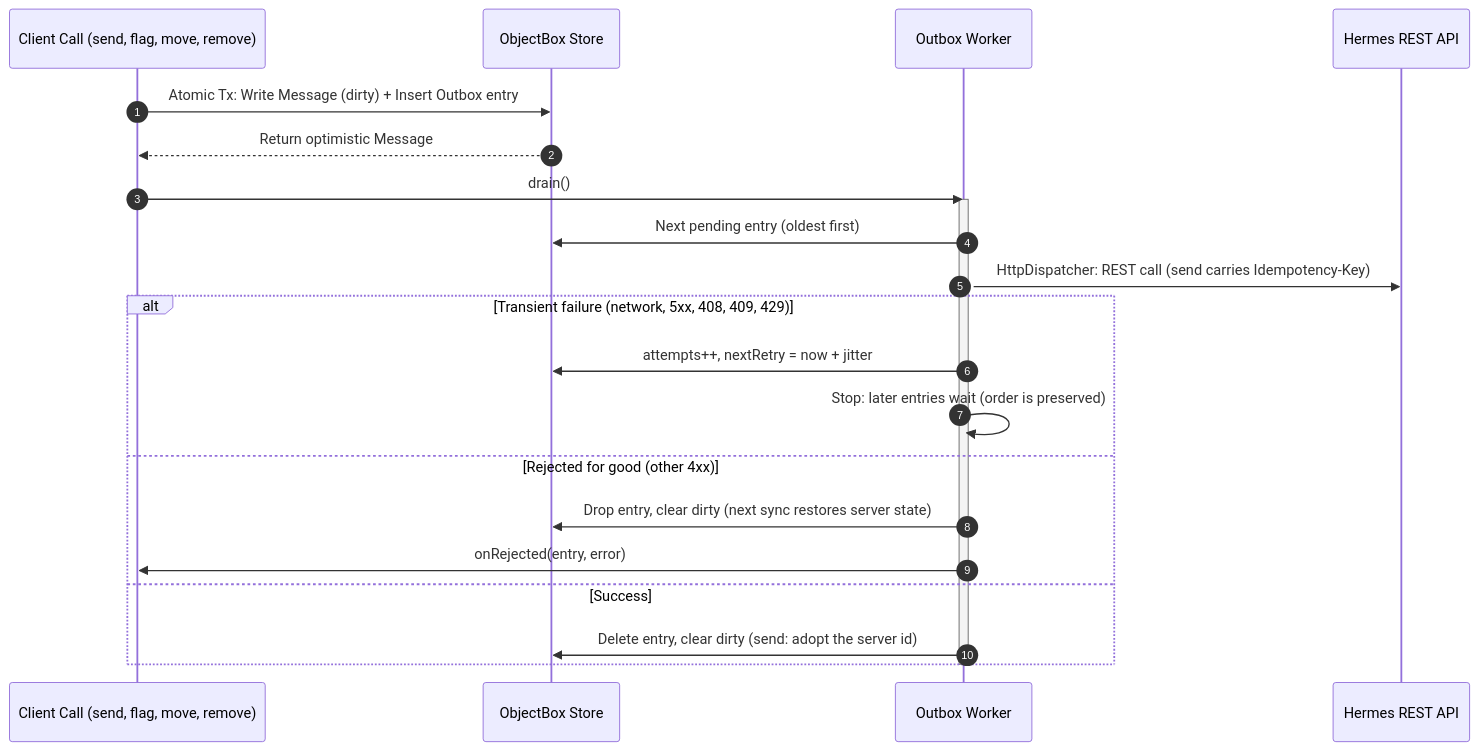
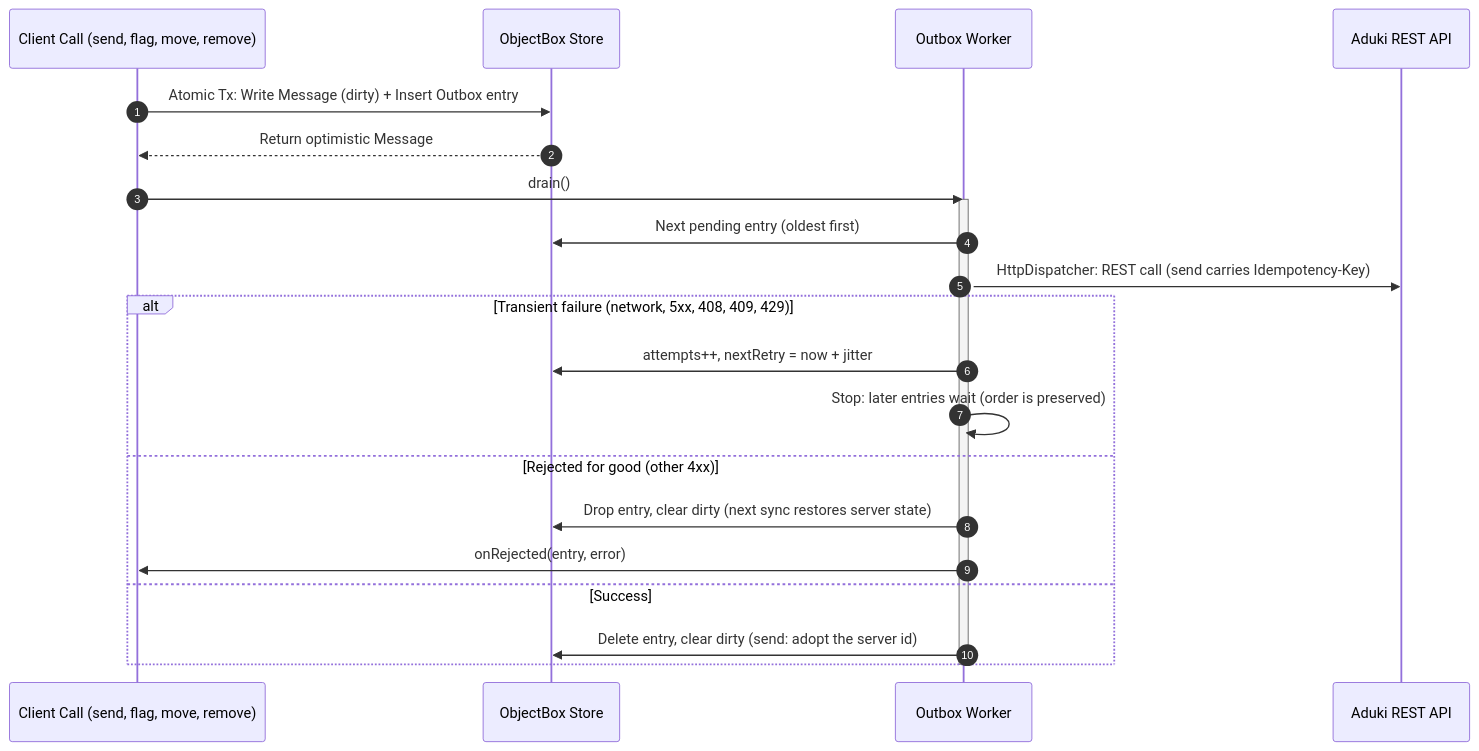
Before and after one commit to adukilabs/aduki-kt: the diagram in docs/services/outbox.md, drawn with Mermaid. The commit also changed other lines of this file and 239 other files, not shown here.

First line of the commit message:
Rename pro.aduki.hermes to pro.aduki, HermesClient to Aduki, Maven group to pro.aduki (K1)

````diff
--- a/docs/services/outbox.md
+++ b/docs/services/outbox.md
@@ -9,25 +9,25 @@
 ```mermaid
 sequenceDiagram
     autonumber
     participant App as Client Call (send, flag, move, remove)
     participant Store as ObjectBox Store
     participant Worker as Outbox Worker
-    participant Server as Hermes REST API
+    participant Server as Aduki REST API
 
     App->>Store: Atomic Tx: Write Message (dirty) + Insert Outbox entry
     Store-->>App: Return optimistic Message
     App->>Worker: drain()
     activate Worker
     Worker->>Store: Next pending entry (oldest first)
     Worker->>Server: HttpDispatcher: REST call (send carries Idempotency-Key)
     alt Transient failure (network, 5xx, 408, 409, 429)
         Worker->>Store: attempts++, nextRetry = now + jitter
         Worker->>Worker: Stop: later entries wait (order is preserved)
     else Rejected for good (other 4xx)
         Worker->>Store: Drop entry, clear dirty (next sync restores server state)
         Worker->>App: onRejected(entry, error)
     else Success
         Worker->>Store: Delete entry, clear dirty (send: adopt the server id)
     end
     deactivate Worker
 ```
````
